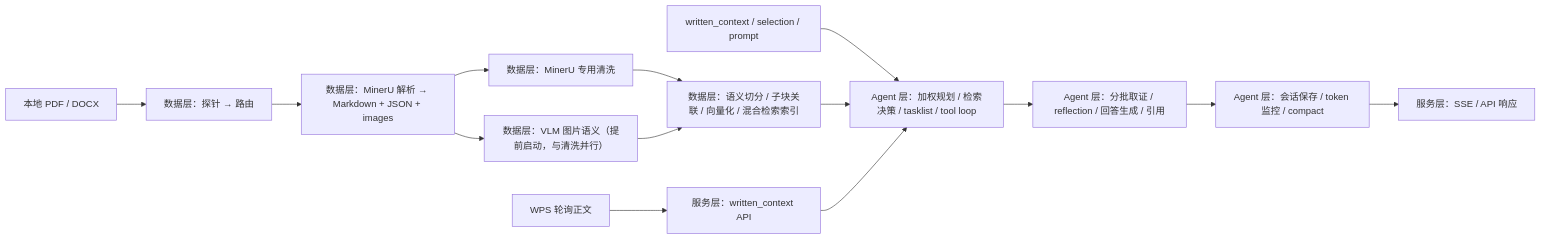
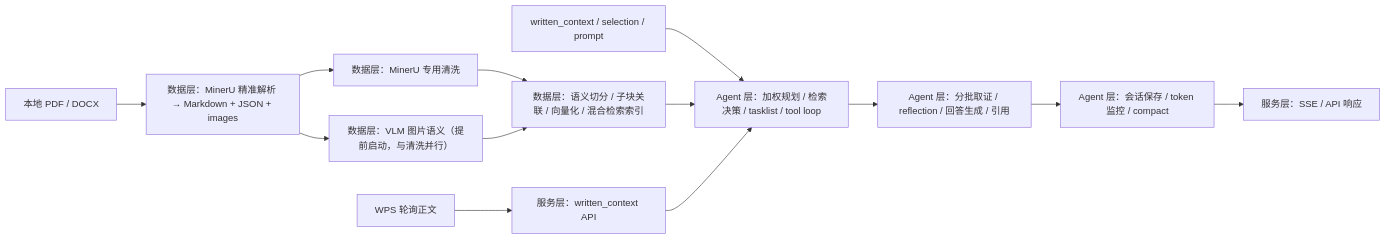
One commit to Coronaaaaa/Paper-Agentic changed the diagram in docs/backend/architecture.md. Above: the diagram before and after it, drawn with Mermaid. The commit also changed other lines of this file and 36 other files, not shown here.

````diff
--- a/docs/backend/architecture.md
+++ b/docs/backend/architecture.md
@@ -115,16 +115,15 @@
 ```mermaid
 flowchart LR
-    A["本地 PDF / DOCX"] --> B["数据层：探针 → 路由"]
-    B --> C["数据层：MinerU 解析 → Markdown + JSON + images"]
-    C --> D["数据层：MinerU 专用清洗"]
-    C --> V["数据层：VLM 图片语义（提前启动，与清洗并行）"]
-    D --> E["数据层：语义切分 / 子块关联 / 向量化 / 混合检索索引"]
-    V --> E
-    U["written_context / selection / prompt"] --> F["Agent 层：加权规划 / 检索决策 / tasklist / tool loop"]
-    E --> F
-    F --> G["Agent 层：分批取证 / reflection / 回答生成 / 引用"]
-    G --> H["Agent 层：会话保存 / token 监控 / compact"]
-    H --> I["服务层：SSE / API 响应"]
-    W["WPS 轮询正文"] --> J["服务层：written_context API"]
-    J --> F
+    A["本地 PDF / DOCX"] --> B["数据层：MinerU 精准解析 → Markdown + JSON + images"]
+    B --> C["数据层：MinerU 专用清洗"]
+    B --> V["数据层：VLM 图片语义（提前启动，与清洗并行）"]
+    C --> D["数据层：语义切分 / 子块关联 / 向量化 / 混合检索索引"]
+    V --> D
+    U["written_context / selection / prompt"] --> E["Agent 层：加权规划 / 检索决策 / tasklist / tool loop"]
+    D --> E
+    E --> F["Agent 层：分批取证 / reflection / 回答生成 / 引用"]
+    F --> G["Agent 层：会话保存 / token 监控 / compact"]
+    G --> H["服务层：SSE / API 响应"]
+    W["WPS 轮询正文"] --> I["服务层：written_context API"]
+    I --> E
 ```
````
